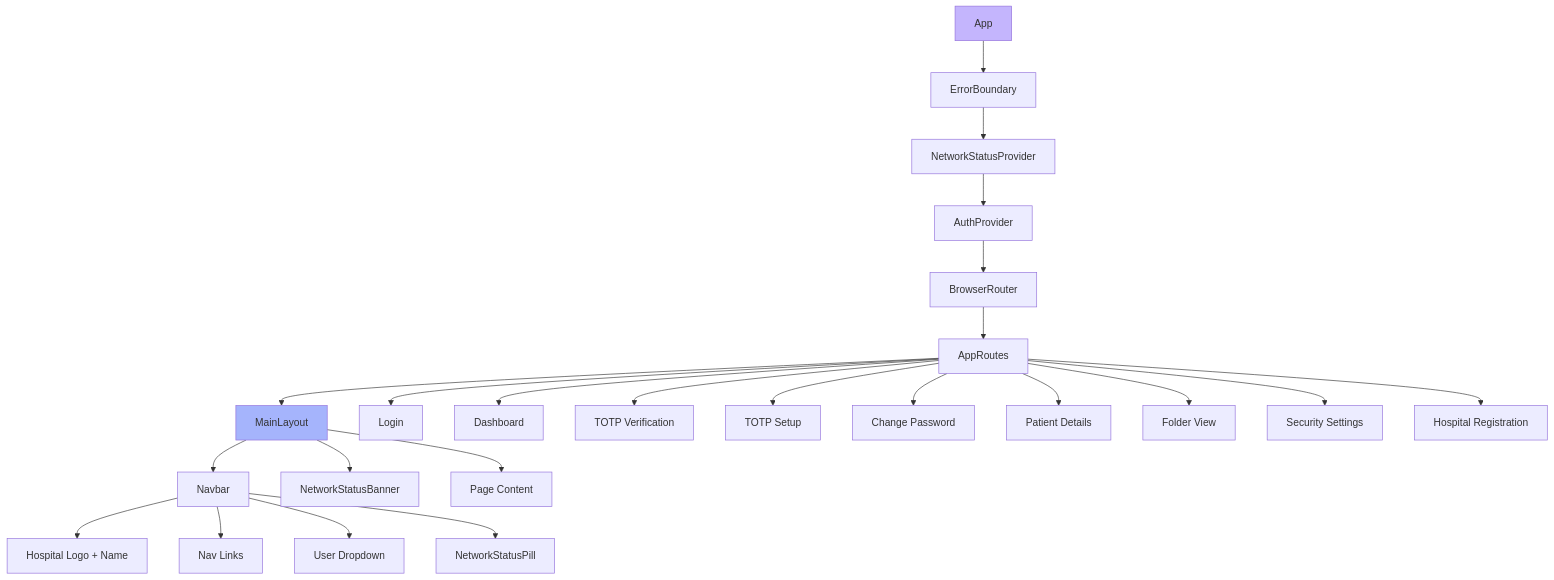
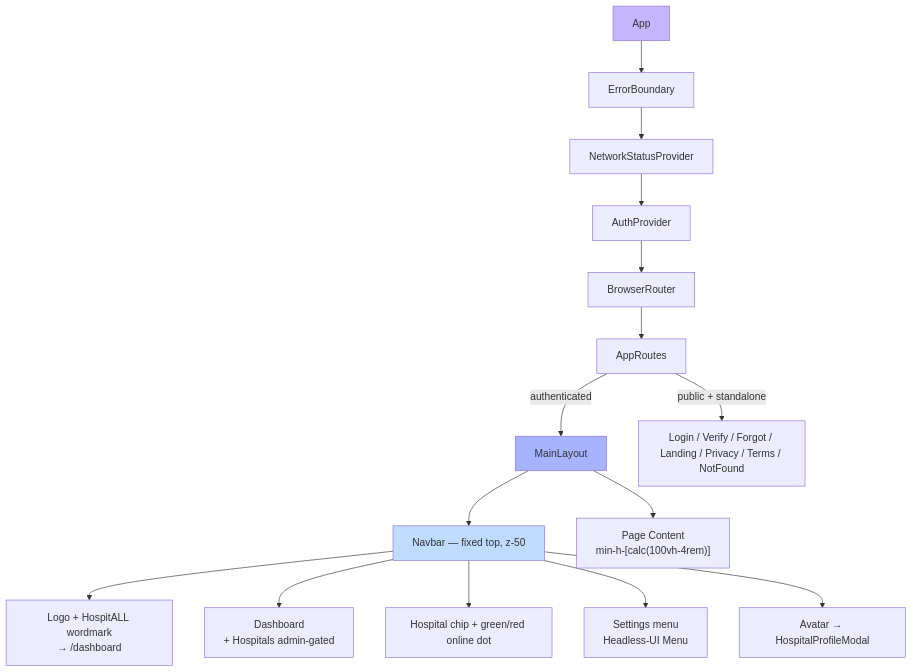
Before and after one commit to urvagandhi/Hospital-Management: the third of 5 diagrams in frontend/README.md, drawn with Mermaid. The commit also changed other lines of this file and 5 other files, not shown here.

````diff
--- a/frontend/README.md
+++ b/frontend/README.md
@@ -75,31 +84,23 @@
 ```mermaid
 graph TD
     APP[App] --> EB[ErrorBoundary]
     EB --> NSP[NetworkStatusProvider]
     NSP --> AUTHP[AuthProvider]
     AUTHP --> ROUTER[BrowserRouter]
 
     ROUTER --> ROUTES[AppRoutes]
-    ROUTES --> ML[MainLayout]
-    ML --> NAV[Navbar]
-    ML --> NSB[NetworkStatusBanner]
-    ML --> OUTLET[Page Content]
+    ROUTES -->|authenticated| ML[MainLayout]
+    ROUTES -->|public + standalone| BARE["Login / Verify / Forgot / Landing / Privacy / Terms / NotFound"]
+    ML --> NAV["Navbar — fixed top, z-50"]
+    ML --> OUTLET["Page Content<br/>min-h-[calc(100vh-4rem)]"]
 
-    NAV --> LOGO[Hospital Logo + Name]
-    NAV --> LINKS[Nav Links]
-    NAV --> DROPDOWN[User Dropdown]
-    NAV --> PILL[NetworkStatusPill]
-
-    ROUTES --> LOGIN_P[Login]
-    ROUTES --> DASH_P[Dashboard]
-    ROUTES --> TOTP_P[TOTP Verification]
-    ROUTES --> SETUP_P[TOTP Setup]
-    ROUTES --> CHPW_P[Change Password]
-    ROUTES --> PATIENT_P[Patient Details]
-    ROUTES --> FOLDER_P[Folder View]
-    ROUTES --> SEC_P[Security Settings]
-    ROUTES --> REG_P[Hospital Registration]
+    NAV --> BRAND["Logo + HospitALL wordmark<br/>→ /dashboard"]
+    NAV --> LINKS["Dashboard<br/>+ Hospitals admin-gated"]
+    NAV --> CHIP["Hospital chip + green/red online dot"]
+    NAV --> GEAR["Settings menu<br/>Headless-UI Menu"]
+    NAV --> AVATAR["Avatar → HospitalProfileModal"]
 
     style APP fill:#c4b5fd
     style ML fill:#a5b4fc
+    style NAV fill:#bfdbfe
 ```
````
